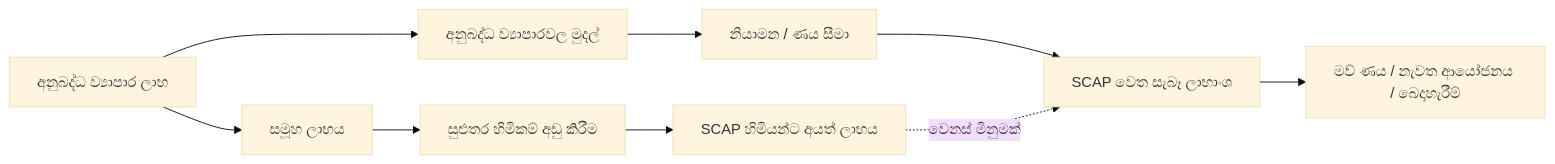
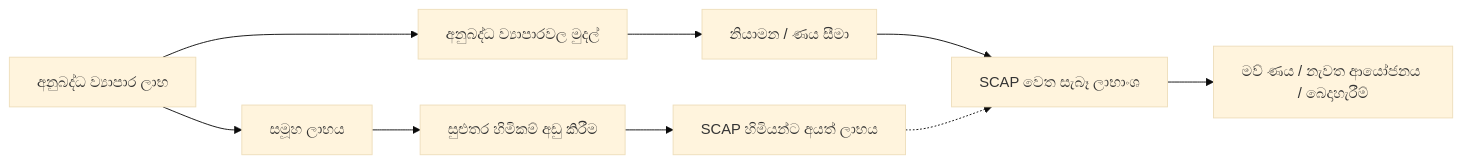
One commit to Gajarthan/SCAP-N0000-Research changed the second of 2 diagrams in si/reports/business-model.md. Above: the diagram before and after it, drawn with Mermaid (base theme). The commit also changed 4 other files, not shown here.

Commit message:
docs(visual): improve multilingual headings and simplify Mermaid edge syntax

````diff
--- a/si/reports/business-model.md
+++ b/si/reports/business-model.md
@@ -33,11 +33,11 @@
 ```mermaid
 flowchart LR
   A["අනුබද්ධ ව්‍යාපාර ලාභ"] --> B["සමූහ ලාභය"]
   B --> C["සුළුතර හිමිකම් අඩු කිරීම"]
   C --> D["SCAP හිමියන්ට අයත් ලාභය"]
   A --> E["අනුබද්ධ ව්‍යාපාරවල මුදල්"]
   E --> F["නියාමන / ණය සීමා"]
   F --> G["SCAP වෙත සැබෑ ලාභාංශ"]
   G --> H["මව් ණය / නැවත ආයෝජනය / බෙදාහැරීම්"]
-  D -. "වෙනස් මිනුමක්" .-> G
+  D -.-> G
 ```
````
